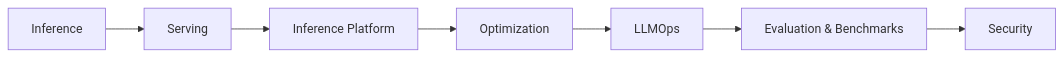
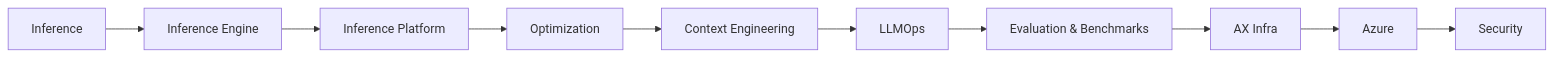
Before and after one commit to simjaecheol/all-about-llm: the third of 7 diagrams in README.md, drawn with Mermaid. The commit also changed other lines of this file and 5 other files, not shown here.

````diff
--- a/README.md
+++ b/README.md
@@ -45,9 +52,12 @@
 ```mermaid
 flowchart LR
-    A[Inference] --> B[Serving]
+    A[Inference] --> B[Inference Engine]
     B --> C[Inference Platform]
     C --> D[Optimization]
-    D --> E[LLMOps]
-    E --> F[Evaluation & Benchmarks]
-    F --> G[Security]
+    D --> E[Context Engineering]
+    E --> F[LLMOps]
+    F --> G["Evaluation & Benchmarks"]
+    G --> H[AX Infra]
+    H --> I[Azure]
+    I --> J[Security]
 ```
````
